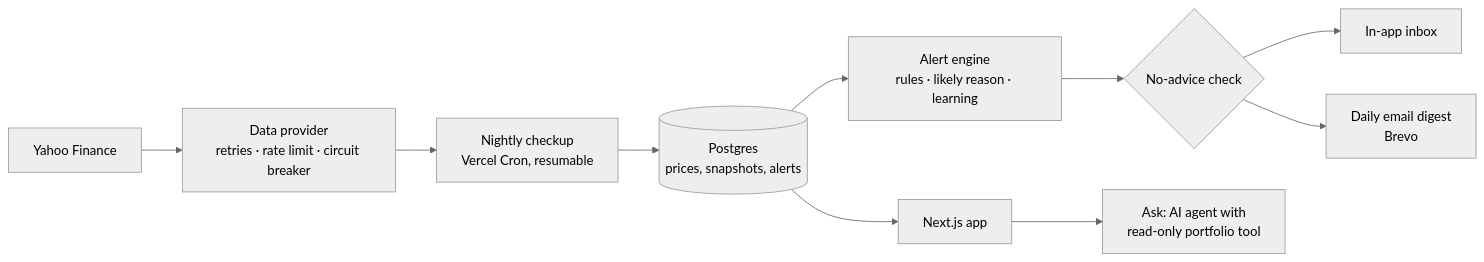
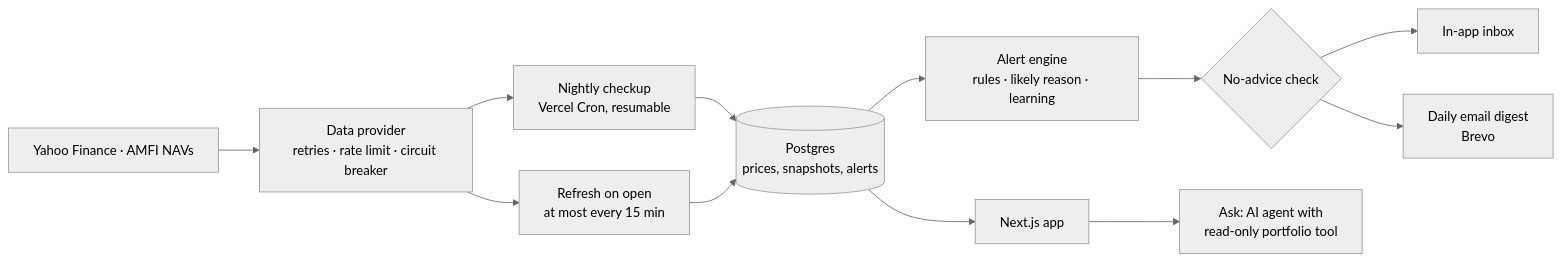
One commit to sakshamm21/Nazar changed the diagram in README.md. Above: the diagram before and after it, drawn with Mermaid (neutral theme). The commit also changed other lines of this file and 103 other files, not shown here.

````diff
--- a/README.md
+++ b/README.md
@@ -45,12 +46,14 @@
 ```mermaid
 flowchart LR
-  Y[Yahoo Finance] --> P[Data provider<br/>retries · rate limit · circuit breaker]
+  Y[Yahoo Finance · AMFI NAVs] --> P[Data provider<br/>retries · rate limit · circuit breaker]
   P --> N[Nightly checkup<br/>Vercel Cron, resumable]
   N --> DB[(Postgres<br/>prices, snapshots, alerts)]
   DB --> E[Alert engine<br/>rules · likely reason · learning]
   E --> G{No-advice check}
   G --> I[In-app inbox]
   G --> M[Daily email digest<br/>Brevo]
+  P --> R[Refresh on open<br/>at most every 15 min]
+  R --> DB
   DB --> UI[Next.js app]
   UI --> A[Ask: AI agent with<br/>read-only portfolio tool]
 ```
````
